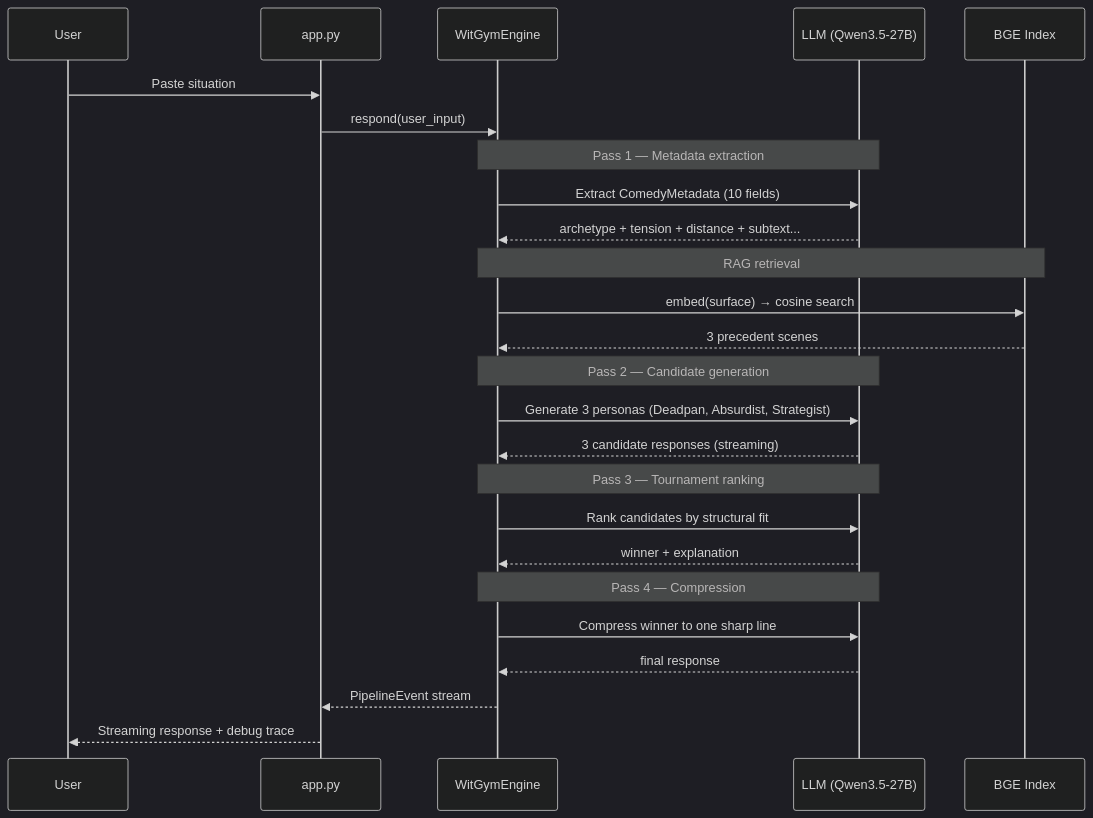
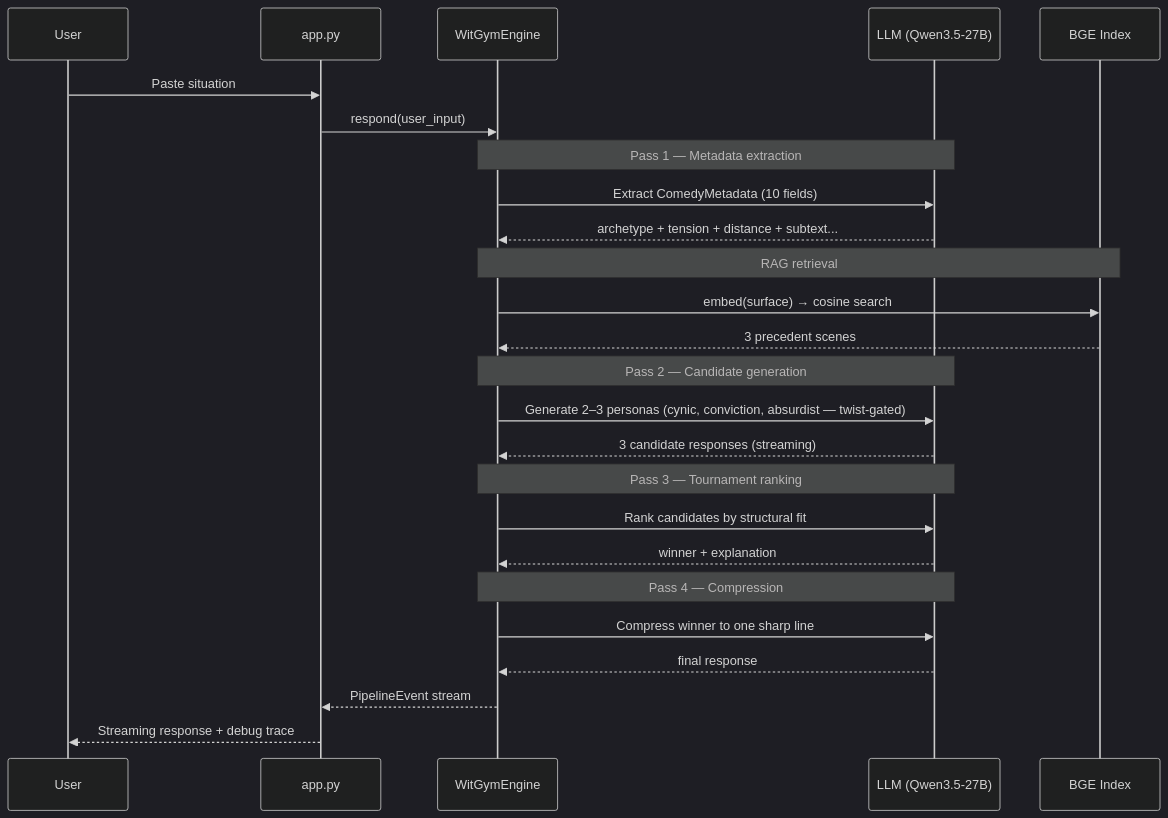
The third of 3 diagrams in README.md (akshay-babbar/witgym), drawn with Mermaid (dark theme) before and after one commit. The commit also changed other lines of this file, not shown here.

````diff
--- a/README.md
+++ b/README.md
@@ -109,34 +120,34 @@
 ```mermaid
 sequenceDiagram
     participant U as User
     participant A as app.py
     participant E as WitGymEngine
     participant L as LLM (Qwen3.5-27B)
     participant I as BGE Index
 
     U->>A: Paste situation
     A->>E: respond(user_input)
 
     Note over E,L: Pass 1 — Metadata extraction
     E->>L: Extract ComedyMetadata (10 fields)
     L-->>E: archetype + tension + distance + subtext...
 
     Note over E,I: RAG retrieval
     E->>I: embed(surface) → cosine search
     I-->>E: 3 precedent scenes
 
     Note over E,L: Pass 2 — Candidate generation
-    E->>L: Generate 3 personas (Deadpan, Absurdist, Strategist)
+    E->>L: Generate 2–3 personas (cynic, conviction, absurdist — twist-gated)
     L-->>E: 3 candidate responses (streaming)
 
     Note over E,L: Pass 3 — Tournament ranking
     E->>L: Rank candidates by structural fit
     L-->>E: winner + explanation
 
     Note over E,L: Pass 4 — Compression
     E->>L: Compress winner to one sharp line
     L-->>E: final response
 
     E-->>A: PipelineEvent stream
     A-->>U: Streaming response + debug trace
 ```
````
